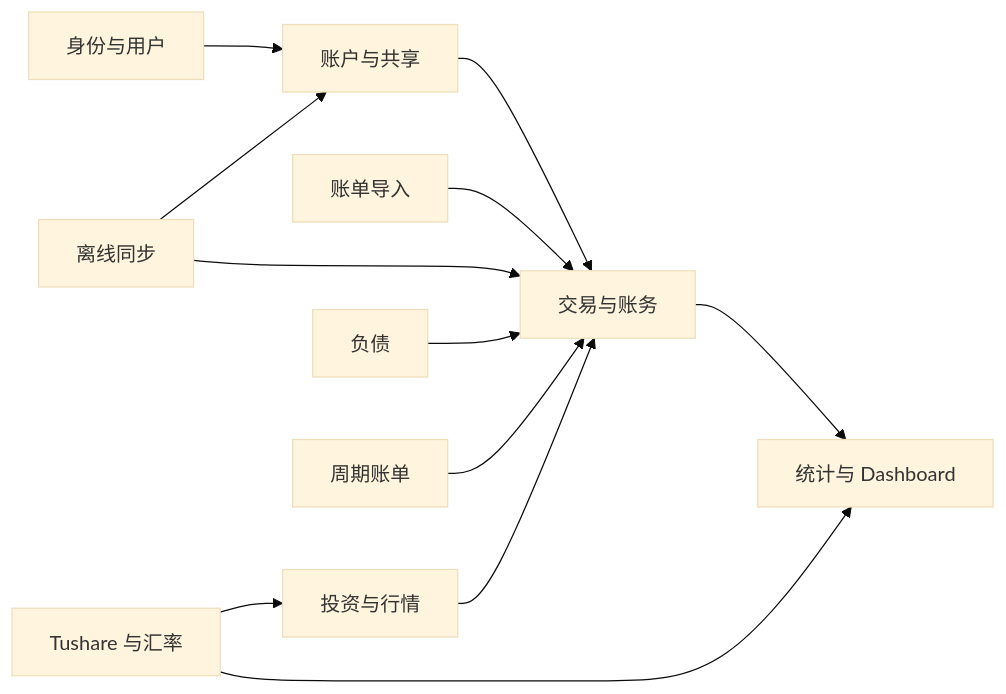
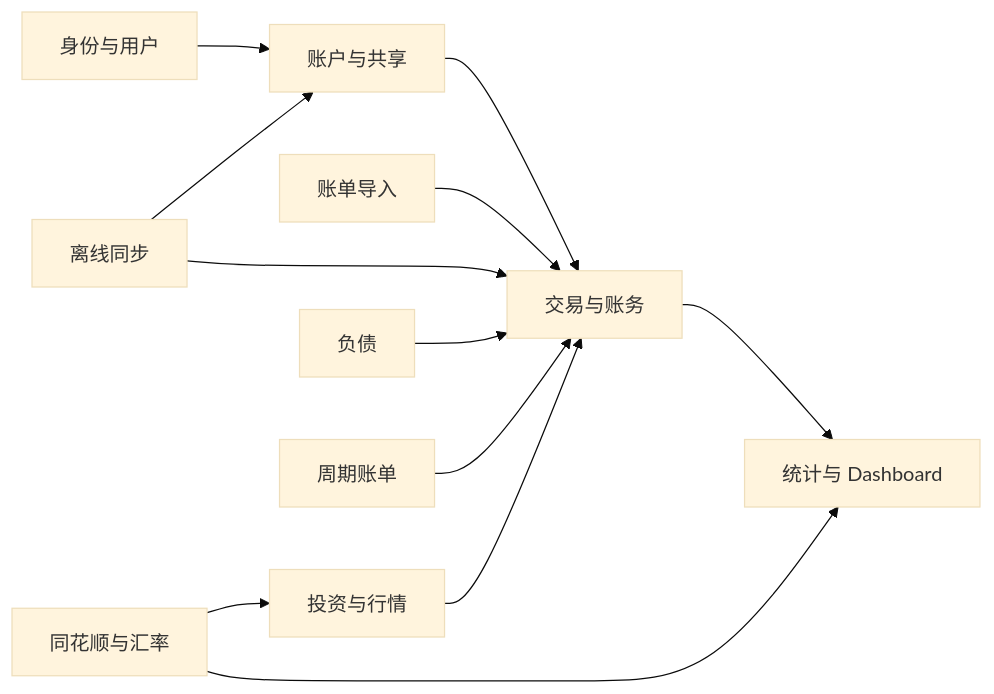
Before and after one commit to MLYR/Ziji: the first of 2 diagrams in doc/核心领域与账务设计.md, drawn with Mermaid (base theme). The commit also changed other lines of this file and 9 other files, not shown here.

````diff
--- a/doc/核心领域与账务设计.md
+++ b/doc/核心领域与账务设计.md
@@ -41,14 +41,14 @@
 ```mermaid
 flowchart LR
     Auth["身份与用户"] --> Account["账户与共享"]
     Account --> Ledger["交易与账务"]
     Import["账单导入"] --> Ledger
     Investment["投资与行情"] --> Ledger
     Liability["负债"] --> Ledger
     Ledger --> Statistics["统计与 Dashboard"]
-    Market["Tushare 与汇率"] --> Investment
+    Market["同花顺与汇率"] --> Investment
     Market --> Statistics
     Sync["离线同步"] --> Account
     Sync --> Ledger
     Recurring["周期账单"] --> Ledger
 ```
````
